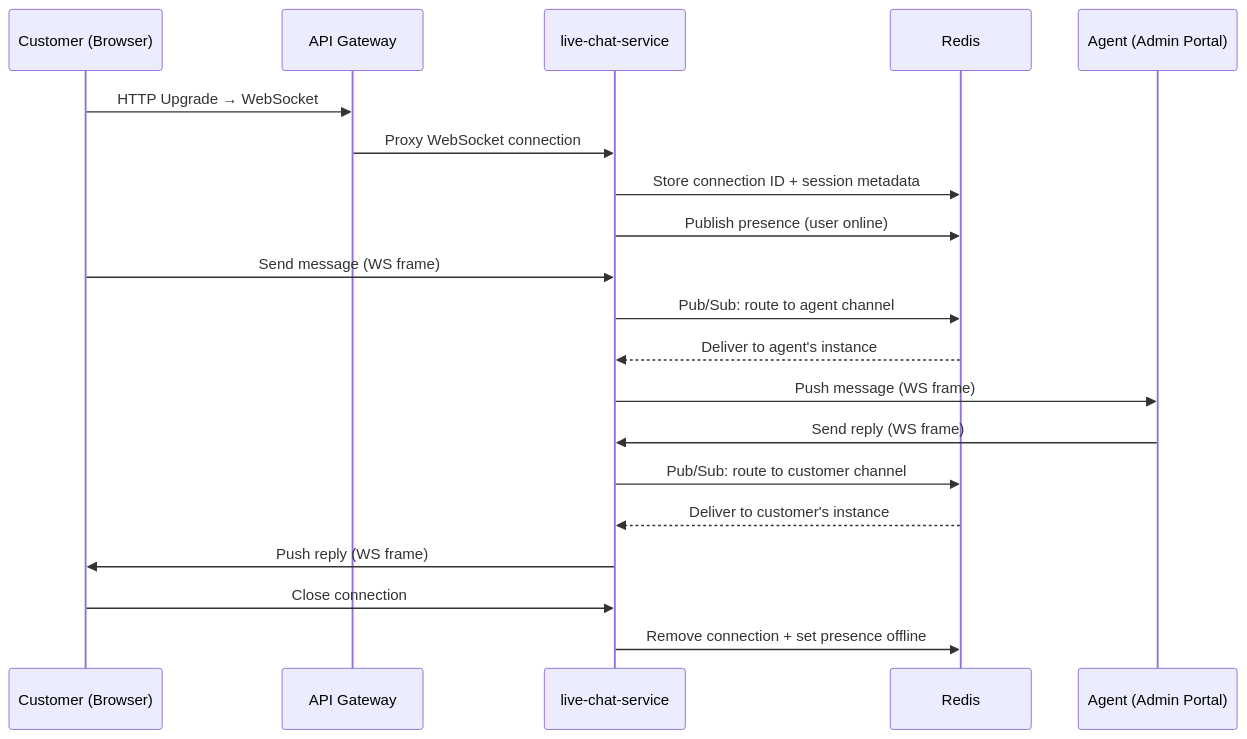
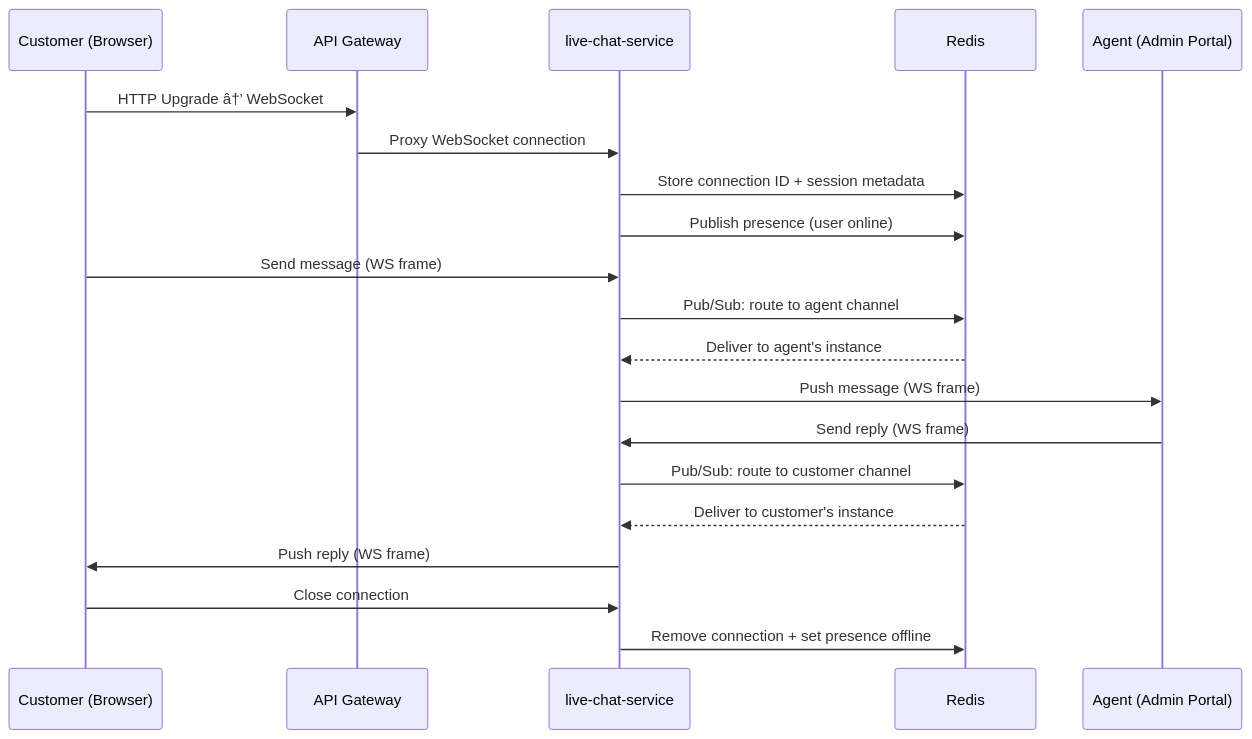
One commit to prabhat-roy/ShopOS changed the diagram in src/customer-experience/live-chat-service/README.md. Above: the diagram before and after it, drawn with Mermaid. The commit also changed other lines of this file and 403 other files, not shown here.

````diff
--- a/src/customer-experience/live-chat-service/README.md
+++ b/src/customer-experience/live-chat-service/README.md
@@ -11,26 +11,26 @@
 ```mermaid
 sequenceDiagram
     participant C as Customer (Browser)
     participant GW as API Gateway
     participant LC as live-chat-service
     participant R as Redis
     participant A as Agent (Admin Portal)
 
-    C->>GW: HTTP Upgrade → WebSocket
+    C->>GW: HTTP Upgrade â†’ WebSocket
     GW->>LC: Proxy WebSocket connection
     LC->>R: Store connection ID + session metadata
     LC->>R: Publish presence (user online)
 
     C->>LC: Send message (WS frame)
     LC->>R: Pub/Sub: route to agent channel
     R-->>LC: Deliver to agent's instance
     LC->>A: Push message (WS frame)
 
     A->>LC: Send reply (WS frame)
     LC->>R: Pub/Sub: route to customer channel
     R-->>LC: Deliver to customer's instance
     LC->>C: Push reply (WS frame)
 
     C->>LC: Close connection
     LC->>R: Remove connection + set presence offline
 ```
````
